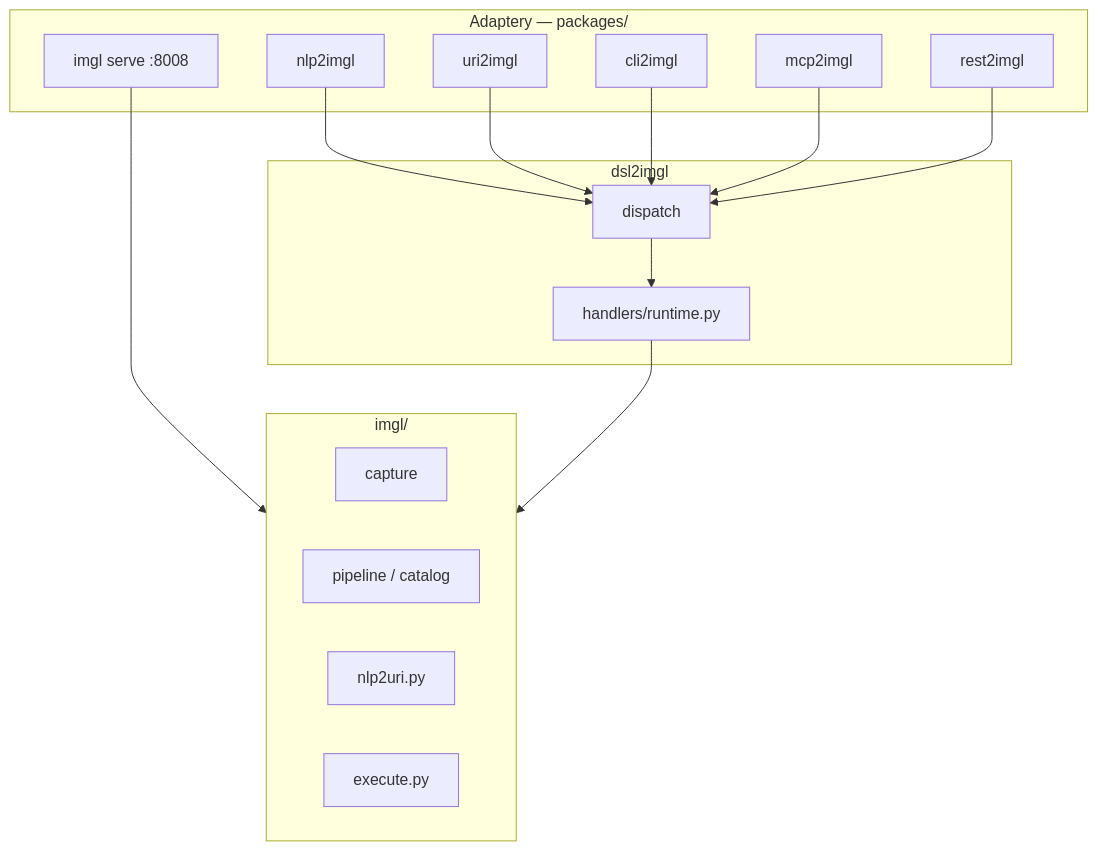
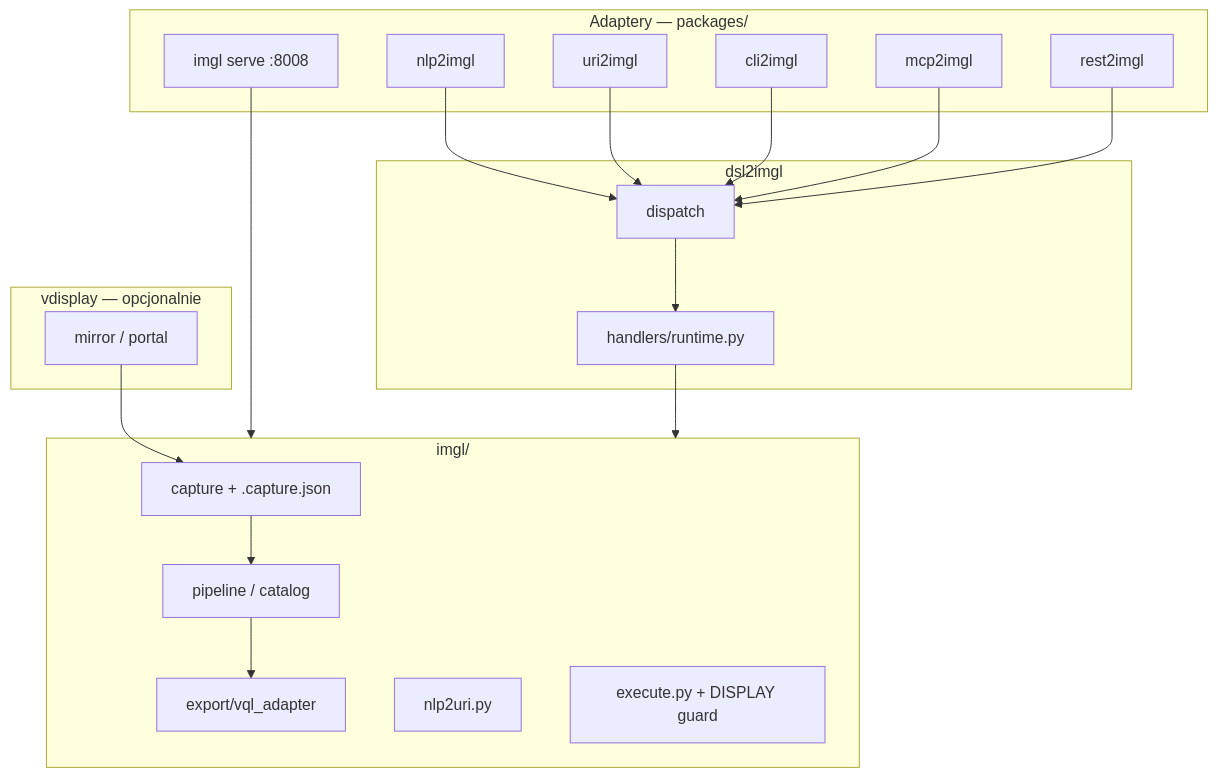
Before and after one commit to semcod/imgl: the diagram in packages/README.md, drawn with Mermaid. The commit also changed other lines of this file and 45 other files, not shown here.

First line of the commit message:
feat(vql): vdisplay provenance, capture --analyze, and VQL export enrichment

````diff
--- a/packages/README.md
+++ b/packages/README.md
@@ -15,31 +15,38 @@
 ```mermaid
 flowchart TB
   subgraph adapters [Adaptery — packages/]
     NL[nlp2imgl]
     URI[uri2imgl]
     CLI[cli2imgl]
     MCP[mcp2imgl]
     REST[rest2imgl]
     WEB[imgl serve :8008]
   end
 
   subgraph control [dsl2imgl]
     DSL[dispatch]
     H[handlers/runtime.py]
   end
 
+  subgraph transport [vdisplay — opcjonalnie]
+    VD[mirror / portal]
+  end
+
   subgraph domain [imgl/]
-    CAP[capture]
+    CAP[capture + .capture.json]
     PIPE[pipeline / catalog]
+    VQL[export/vql_adapter]
     N2I[nlp2uri.py]
-    EXE[execute.py]
+    EXE[execute.py + DISPLAY guard]
   end
 
   NL --> DSL
   URI --> DSL
   CLI --> DSL
   MCP --> DSL
   REST --> DSL
   WEB --> domain
   DSL --> H --> domain
+  VD --> CAP
+  CAP --> PIPE --> VQL
 ```
````
